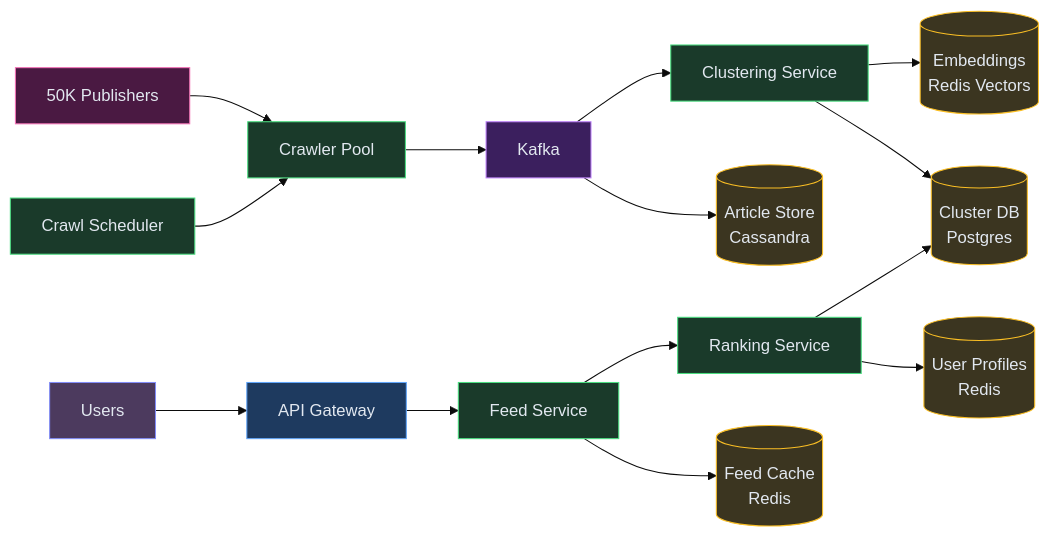
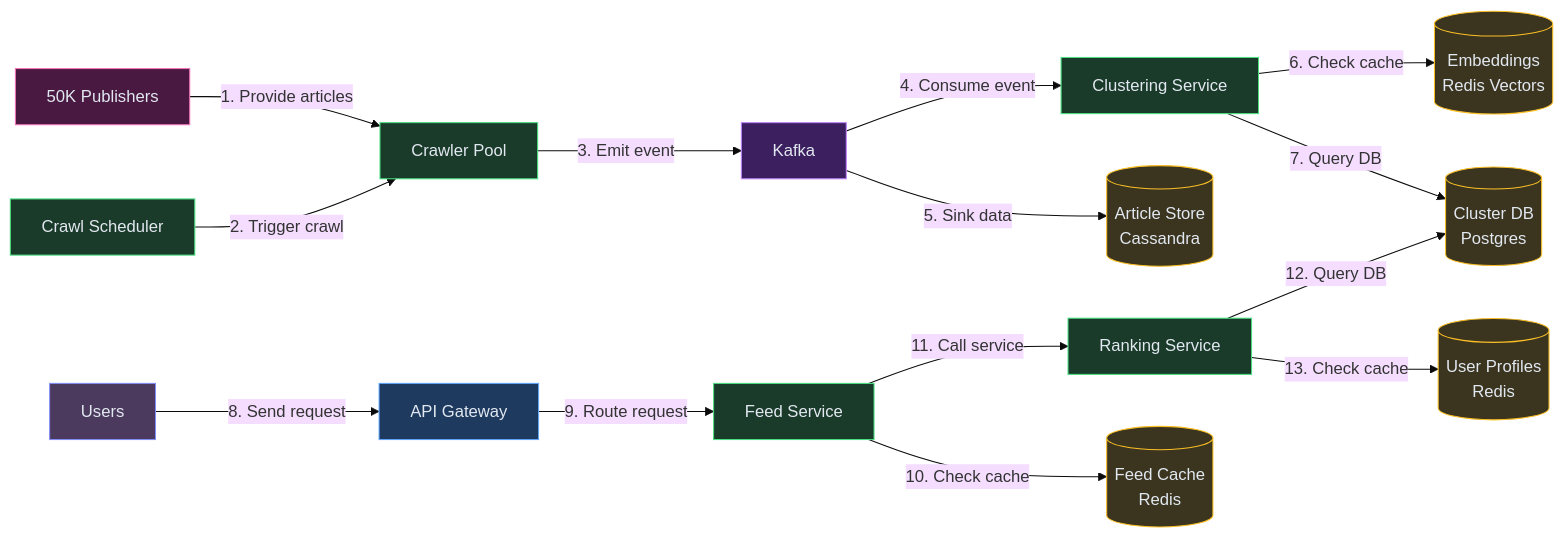
Before and after one commit to iluzn/HLD-Designs: the seventh of 7 diagrams in content/hld/NewsAggregator.md, drawn with Mermaid (base theme). The commit also changed other lines of this file and 27 other files, not shown here.

````diff
--- a/content/hld/NewsAggregator.md
+++ b/content/hld/NewsAggregator.md
@@ -447,38 +447,38 @@
 ```mermaid
 flowchart LR
     SOURCES["50K Publishers"]:::external
     SCHED["Crawl Scheduler"]:::service
     WORKERS["Crawler Pool"]:::service
     KF["Kafka"]:::async
     CLUSTER["Clustering Service"]:::service
     EMBED[("Embeddings<br/>Redis Vectors")]:::data
     CLUSTERDB[("Cluster DB<br/>Postgres")]:::data
     ARTICLES[("Article Store<br/>Cassandra")]:::data
     FEED["Feed Service"]:::service
     RANK["Ranking Service"]:::service
     CACHE[("Feed Cache<br/>Redis")]:::data
     PROFILE[("User Profiles<br/>Redis")]:::data
     USER["Users"]:::client
     GW["API Gateway"]:::edge
 
-    SOURCES --> WORKERS
-    SCHED --> WORKERS
-    WORKERS --> KF
-    KF --> CLUSTER
-    KF --> ARTICLES
-    CLUSTER --> EMBED
-    CLUSTER --> CLUSTERDB
-    USER --> GW
-    GW --> FEED
-    FEED --> CACHE
-    FEED --> RANK
-    RANK --> CLUSTERDB
-    RANK --> PROFILE
+    SOURCES -->|"1. Provide articles"| WORKERS
+    SCHED -->|"2. Trigger crawl"| WORKERS
+    WORKERS -->|"3. Emit event"| KF
+    KF -->|"4. Consume event"| CLUSTER
+    KF -->|"5. Sink data"| ARTICLES
+    CLUSTER -->|"6. Check cache"| EMBED
+    CLUSTER -->|"7. Query DB"| CLUSTERDB
+    USER -->|"8. Send request"| GW
+    GW -->|"9. Route request"| FEED
+    FEED -->|"10. Check cache"| CACHE
+    FEED -->|"11. Call service"| RANK
+    RANK -->|"12. Query DB"| CLUSTERDB
+    RANK -->|"13. Check cache"| PROFILE
 
     classDef client fill:#4c3a5e,stroke:#818cf8,color:#e2e8f0
     classDef edge fill:#1e3a5f,stroke:#60a5fa,color:#e2e8f0
     classDef service fill:#1a3a2a,stroke:#4ade80,color:#e2e8f0
     classDef data fill:#3b3520,stroke:#fbbf24,color:#e2e8f0
     classDef async fill:#3b1f5e,stroke:#c084fc,color:#e2e8f0
     classDef external fill:#4a1942,stroke:#f472b6,color:#e2e8f0
 ```
````
